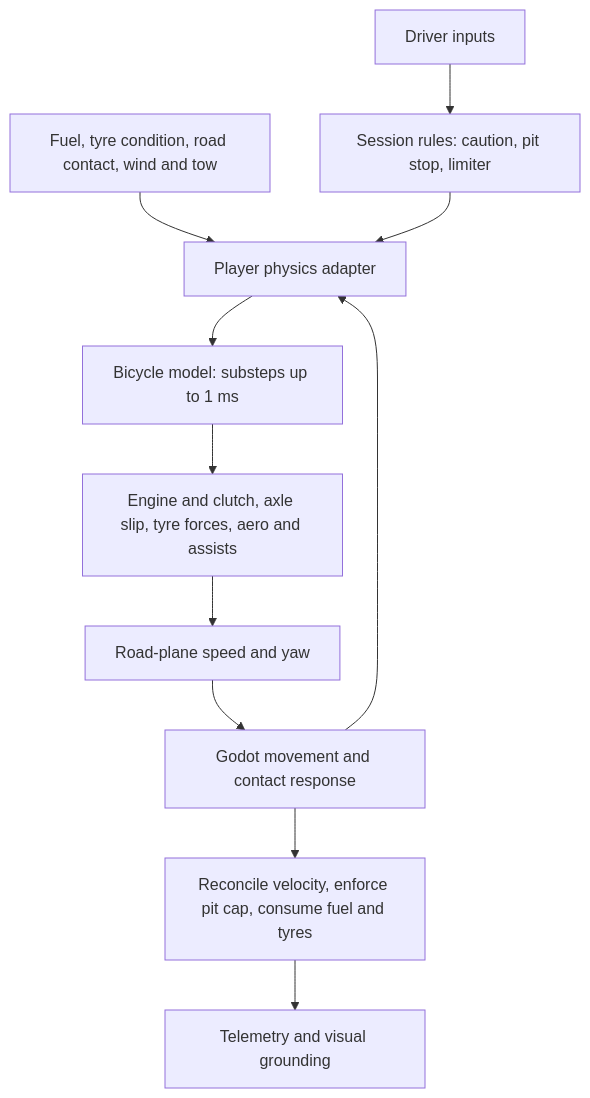
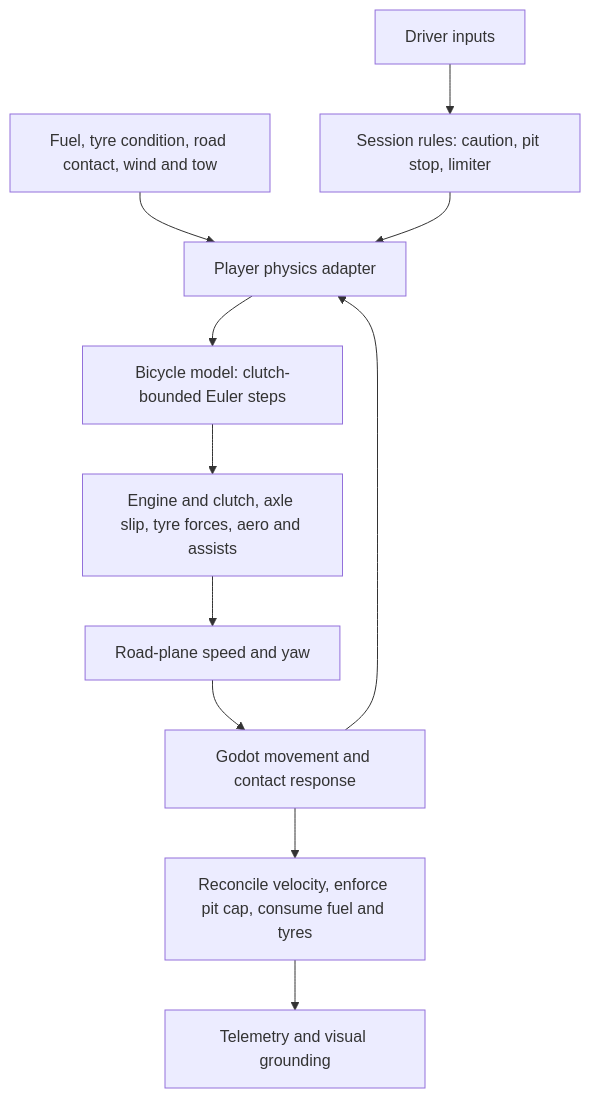
The diagram in docs/player_physics.md (domhnallmorr/Indie-Racer), drawn with Mermaid before and after one commit. The commit also changed other lines of this file and 152 other files, not shown here.

````diff
--- a/docs/player_physics.md
+++ b/docs/player_physics.md
@@ -26,13 +26,13 @@
 ```mermaid
 flowchart TD
     A[Driver inputs] --> B[Session rules: caution, pit stop, limiter]
     C[Fuel, tyre condition, road contact, wind and tow] --> D[Player physics adapter]
     B --> D
-    D --> E[Bicycle model: substeps up to 1 ms]
+    D --> E[Bicycle model: clutch-bounded Euler steps]
     E --> F[Engine and clutch, axle slip, tyre forces, aero and assists]
     F --> G[Road-plane speed and yaw]
     G --> H[Godot movement and contact response]
     H --> I[Reconcile velocity, enforce pit cap, consume fuel and tyres]
     I --> J[Telemetry and visual grounding]
     H --> D
 ```
````
